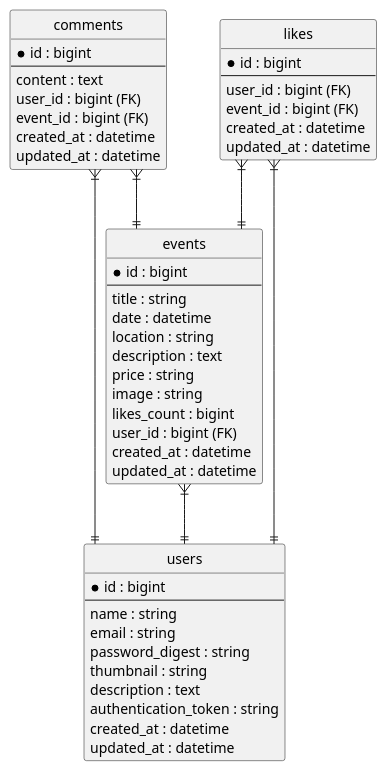
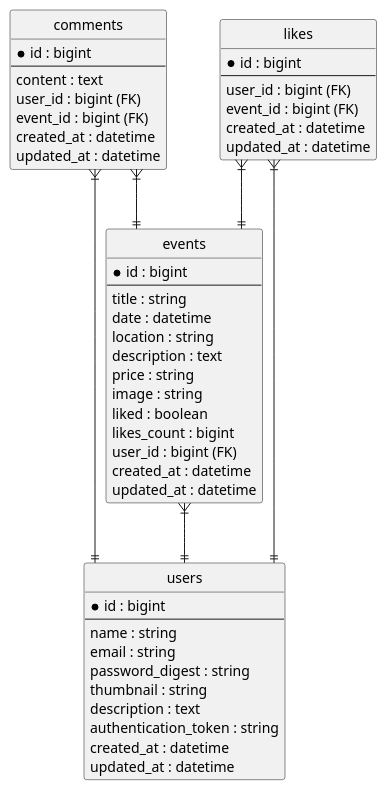
One commit to mako-agawa/evepos-project changed the diagram in documents/evepos.puml. Above: the diagram before and after it, drawn with PlantUML. The commit also changed 1 other file, not shown here.

```diff
--- a/documents/evepos.puml
+++ b/documents/evepos.puml
@@ -1,62 +1,63 @@
 @startuml
 hide circle
 hide methods
 skinparam linetype ortho
 
 entity comments {
   *id : bigint
   --
   content : text
   user_id : bigint (FK)
   event_id : bigint (FK)
   created_at : datetime
   updated_at : datetime
 }
 
 entity events {
   *id : bigint
   --
   title : string
   date : datetime
   location : string
   description : text
   price : string
   image : string
+  liked : boolean
   likes_count : bigint
   user_id : bigint (FK)
   created_at : datetime
   updated_at : datetime
 }
 
 entity likes {
   *id : bigint
   --
   user_id : bigint (FK)
   event_id : bigint (FK)
   created_at : datetime
   updated_at : datetime
 }
 
 entity users {
   *id : bigint
   --
   name : string
   email : string
   password_digest : string
   thumbnail : string
   description : text
   authentication_token : string
   created_at : datetime
   updated_at : datetime
 }
 
 
 comments }|--|| events
 comments }|--|| users
 
 likes }|--|| events
 likes }|--|| users
 
 events }|--|| users
 
 @enduml
```
